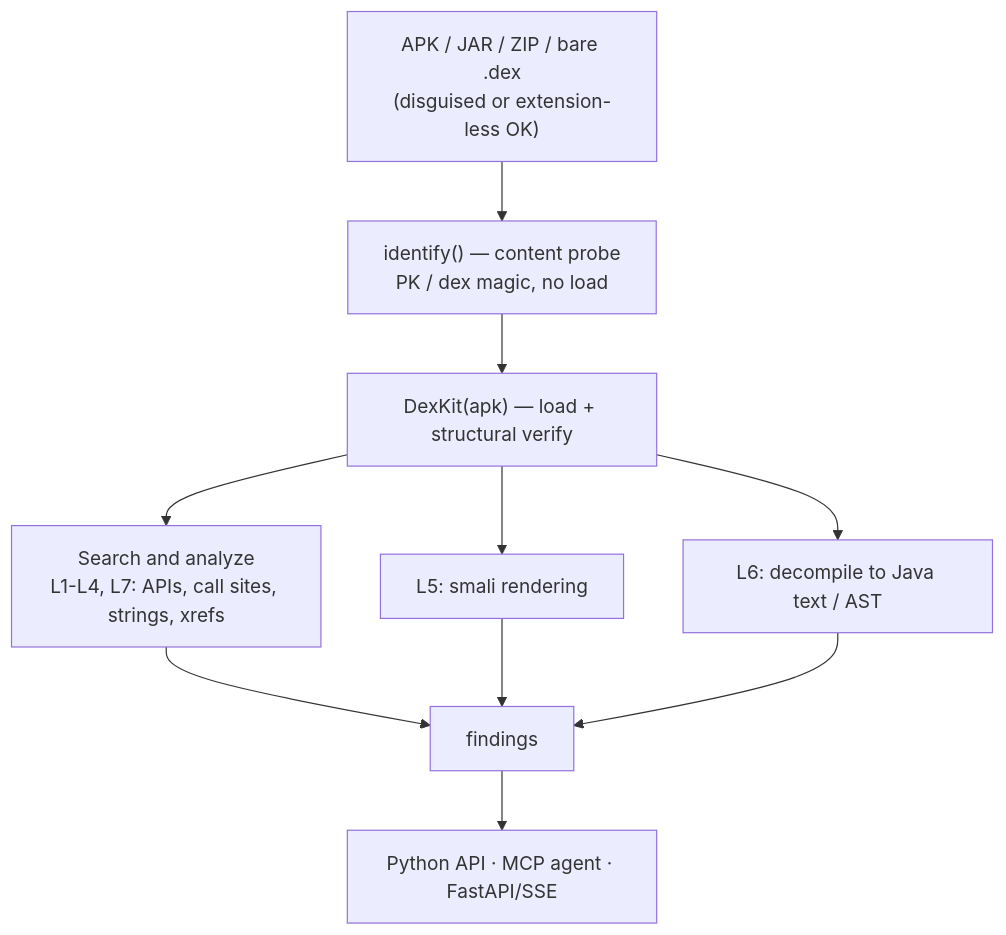
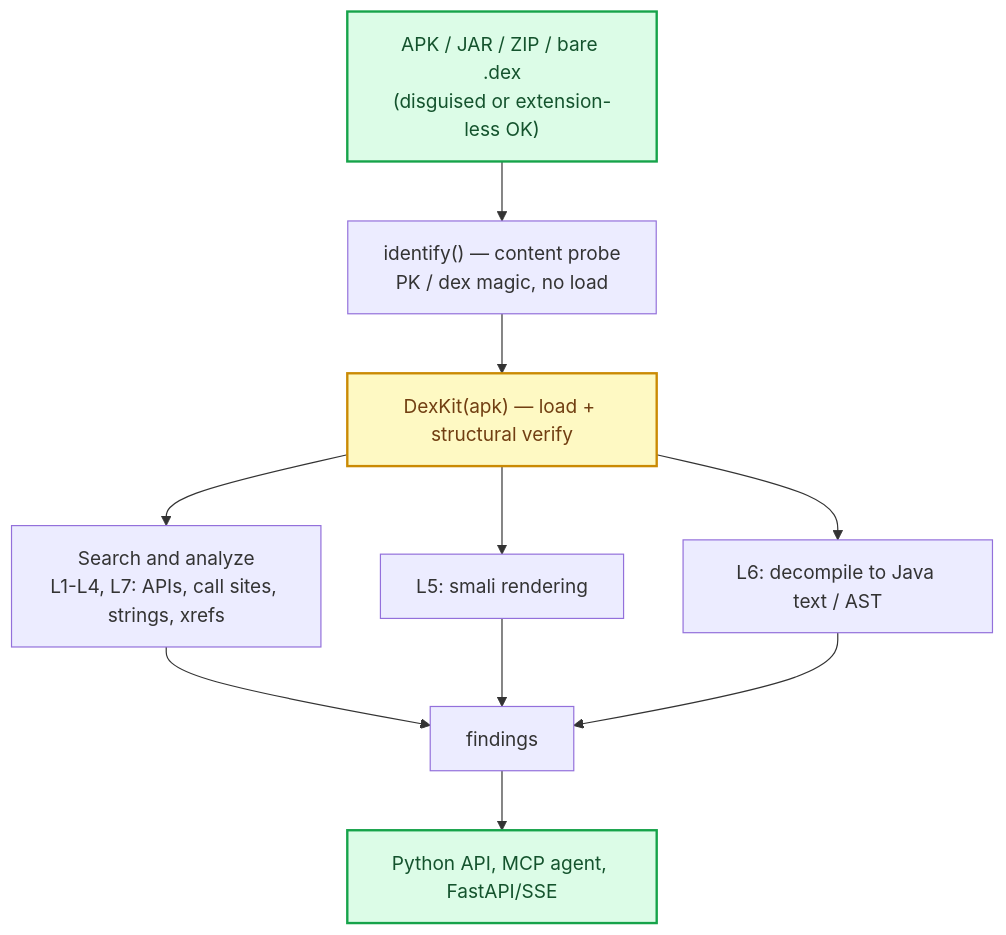
One commit to mobile-threat-hunter/dex-analyzer-for-llm changed the first of 6 diagrams in docs/workflow.md. Above: the diagram before and after it, drawn with Mermaid. The commit also changed other lines of this file and 2 other files, not shown here.

First line of the commit message:
docs: apply markdown-mermaid-writing skill standards to all diagrams

````diff
--- a/docs/workflow.md
+++ b/docs/workflow.md
@@ -15,16 +15,25 @@
 ```mermaid
 flowchart TB
-    SRC["APK / JAR / ZIP / bare .dex<br/>(disguised or extension-less OK)"]
-    ID["identify() — content probe<br/>PK / dex magic, no load"]
-    LOAD["DexKit(apk) — load + structural verify"]
-    SRC --> ID --> LOAD
+    accTitle: dexllm Operation Overview
+    accDescr: A file is content-probed by identify, loaded and structurally verified by DexKit, then served lazily to search/analyze (L1-L4, L7), smali rendering (L5), and decompilation (L6); findings flow to the Python API, an MCP agent, or the FastAPI backend.
 
-    LOAD --> SEARCH["Search and analyze<br/>L1-L4, L7: APIs, call sites, strings, xrefs"]
-    LOAD --> SMALI["L5: smali rendering"]
-    LOAD --> DECOMP["L6: decompile to Java text / AST"]
+    source["APK / JAR / ZIP / bare .dex<br/>(disguised or extension-less OK)"]
+    identify["identify() — content probe<br/>PK / dex magic, no load"]
+    load["DexKit(apk) — load + structural verify"]
+    source --> identify --> load
 
-    SEARCH --> OUT["findings"]
-    SMALI --> OUT
-    DECOMP --> OUT
-    OUT --> CONSUMER["Python API · MCP agent · FastAPI/SSE"]
+    load --> search["Search and analyze<br/>L1-L4, L7: APIs, call sites, strings, xrefs"]
+    load --> smali["L5: smali rendering"]
+    load --> decompile["L6: decompile to Java text / AST"]
+
+    search --> findings["findings"]
+    smali --> findings
+    decompile --> findings
+    findings --> consumer["Python API, MCP agent, FastAPI/SSE"]
+
+    classDef io fill:#dcfce7,stroke:#16a34a,stroke-width:2px,color:#14532d
+    classDef gate fill:#fef9c3,stroke:#ca8a04,stroke-width:2px,color:#713f12
+
+    class source,consumer io
+    class load gate
 ```
````
